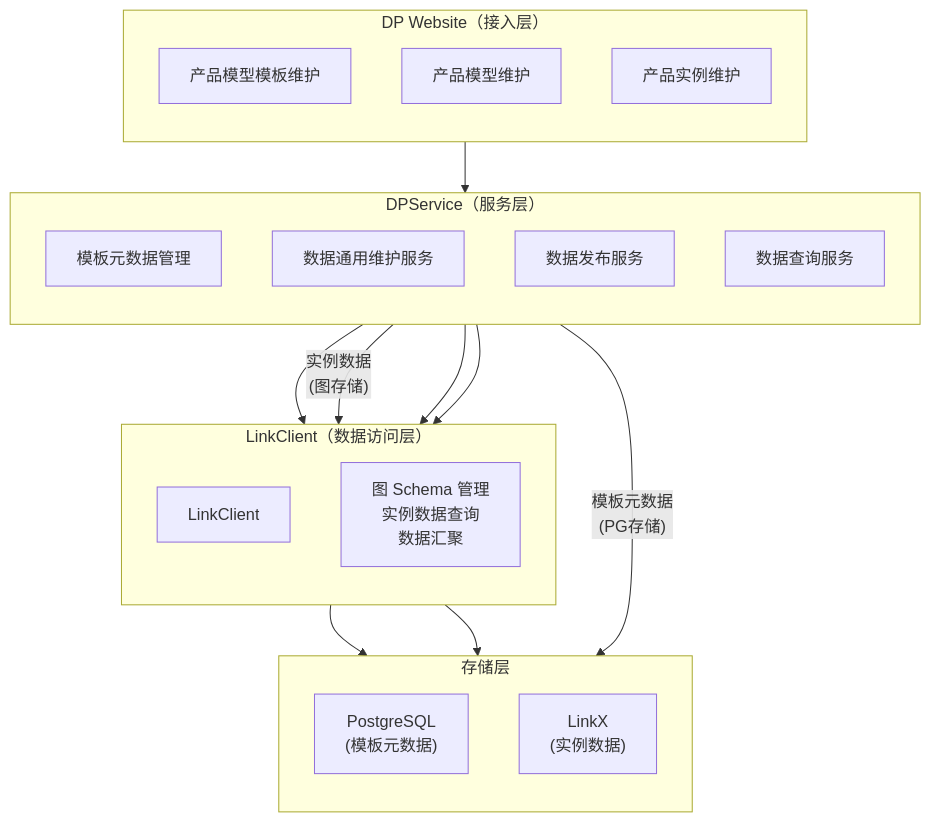
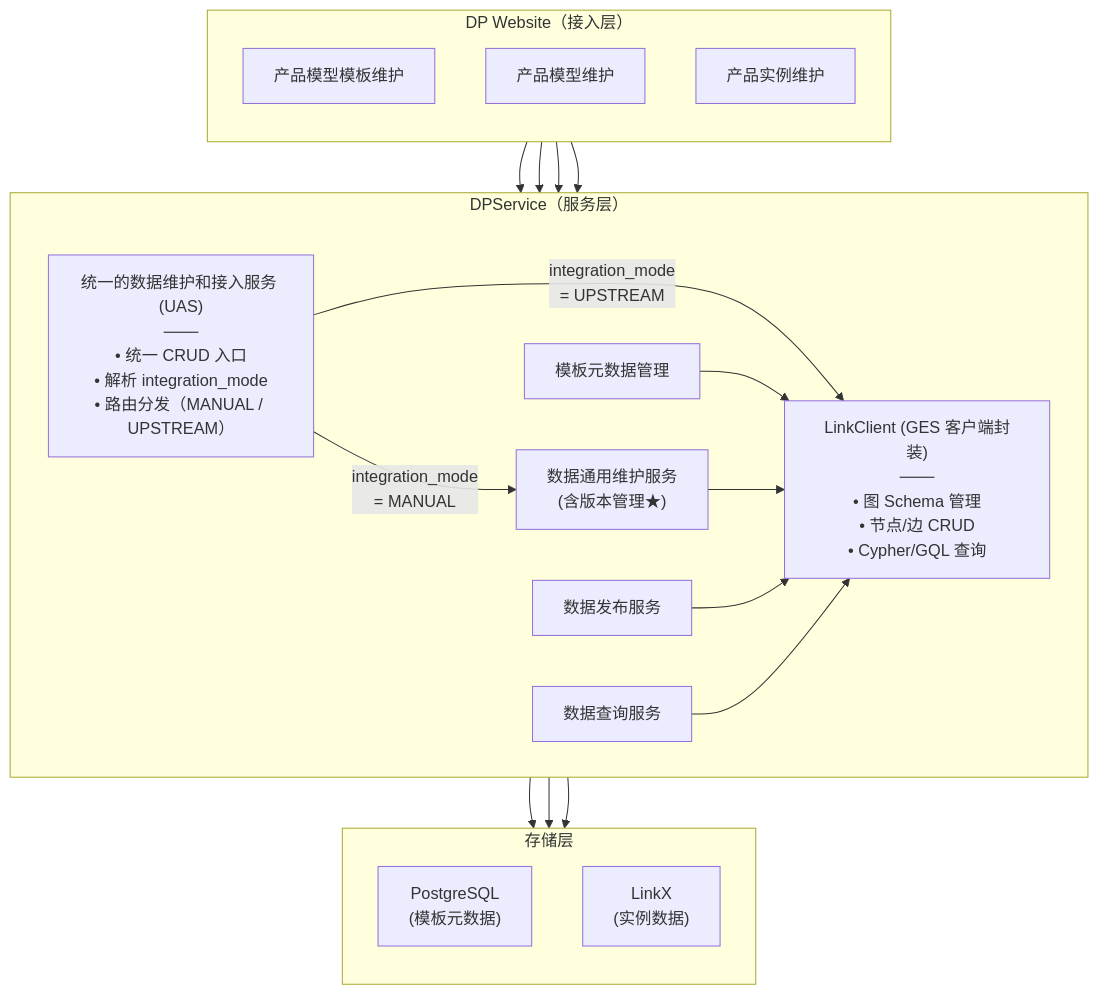
One commit to goflyboy/digitalproduct changed the first of 11 diagrams in docs/数字产品系统架构设计说明书.md. Above: the diagram before and after it, drawn with Mermaid. The commit also changed other lines of this file and 2 other files, not shown here.

````diff
--- a/docs/数字产品系统架构设计说明书.md
+++ b/docs/数字产品系统架构设计说明书.md
@@ -1432,39 +1434,45 @@
 ```mermaid
 flowchart TB
     subgraph DPWebsite["DP Website（接入层）"]
         direction TB
         T1["产品模型模板维护"]
         T2["产品模型维护"]
         T3["产品实例维护"]
     end
 
     subgraph DPService["DPService（服务层）"]
         direction TB
+
+        UAS["统一的数据维护和接入服务 (UAS)<br/>───<br/>• 统一 CRUD 入口<br/>• 解析 integration_mode<br/>• 路由分发（MANUAL / UPSTREAM）"]
+
+        direction LR
         TM["模板元数据管理"]
-        MS["数据通用维护服务"]
+        MS["数据通用维护服务<br/>(含版本管理★)"]
         PS["数据发布服务"]
         QS["数据查询服务"]
-    end
-
-    subgraph LinkClient["LinkClient（数据访问层）"]
-        direction TB
-        LC["LinkClient"]
-        note_LC["图 Schema 管理<br/>实例数据查询<br/>数据汇聚"]
+        LC["LinkClient (GES 客户端封装)<br/>───<br/>• 图 Schema 管理<br/>• 节点/边 CRUD<br/>• Cypher/GQL 查询"]
     end
 
     subgraph Storage["存储层"]
         direction TB
         PG["PostgreSQL<br/>(模板元数据)"]
         LinkX["LinkX<br/>(实例数据)"]
     end
 
-    DPWebsite --> DPService
-    DPService --> LinkClient
-    LinkClient --> Storage
+    T1 --> UAS
+    T2 --> UAS
+    T3 --> UAS
 
-    TM -->|"模板元数据<br/>(PG存储)"| PG
-    MS -->|"实例数据<br/>(图存储)"| LinkClient
-    PS --> LinkClient
-    QS --> LinkClient
-    LinkClient --> LinkX
+    T1 --> TM
+    UAS -->|"integration_mode<br/>= MANUAL"| MS
+    UAS -->|"integration_mode<br/>= UPSTREAM"| LC
+
+    TM --> LC
+    TM --> PG
+    MS --> LC
+    PS --> LC
+    QS --> LC
+
+    LC --> PG
+    LC --> LinkX
 ```
````
